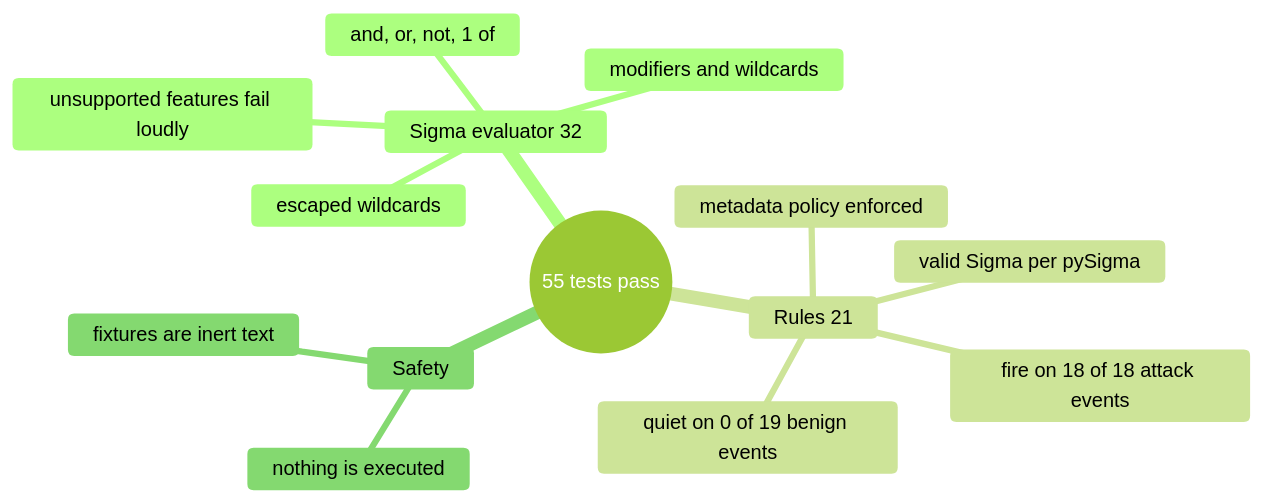
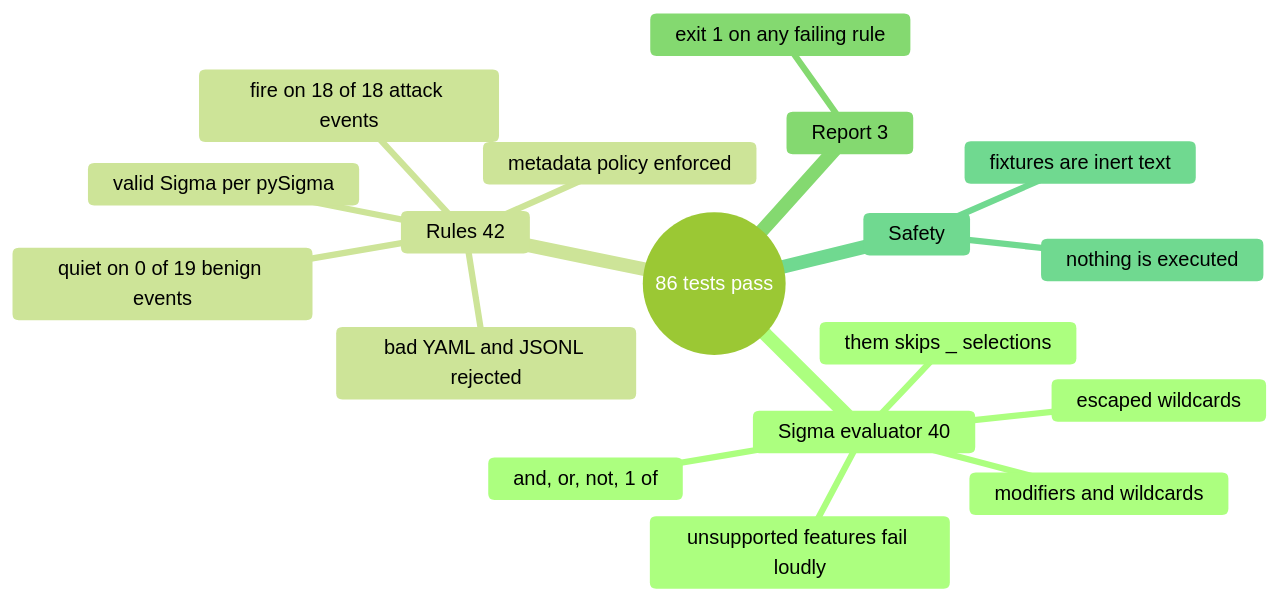
Before and after one commit to EquinoxWN/detection-as-code: the second of 2 diagrams in README.md, drawn with Mermaid (forest theme). The commit also changed other lines of this file and 6 other files, not shown here.

````diff
--- a/README.md
+++ b/README.md
@@ -114,17 +116,21 @@
 ```mermaid
 mindmap
-  root((55 tests pass))
-    Sigma evaluator 32
+  root((86 tests pass))
+    Sigma evaluator 40
       modifiers and wildcards
       and, or, not, 1 of
       escaped wildcards
+      them skips _ selections
       unsupported features fail loudly
-    Rules 21
+    Rules 42
       fire on 18 of 18 attack events
       quiet on 0 of 19 benign events
       valid Sigma per pySigma
       metadata policy enforced
+      bad YAML and JSONL rejected
+    Report 3
+      exit 1 on any failing rule
     Safety
       fixtures are inert text
       nothing is executed
 ```
````
